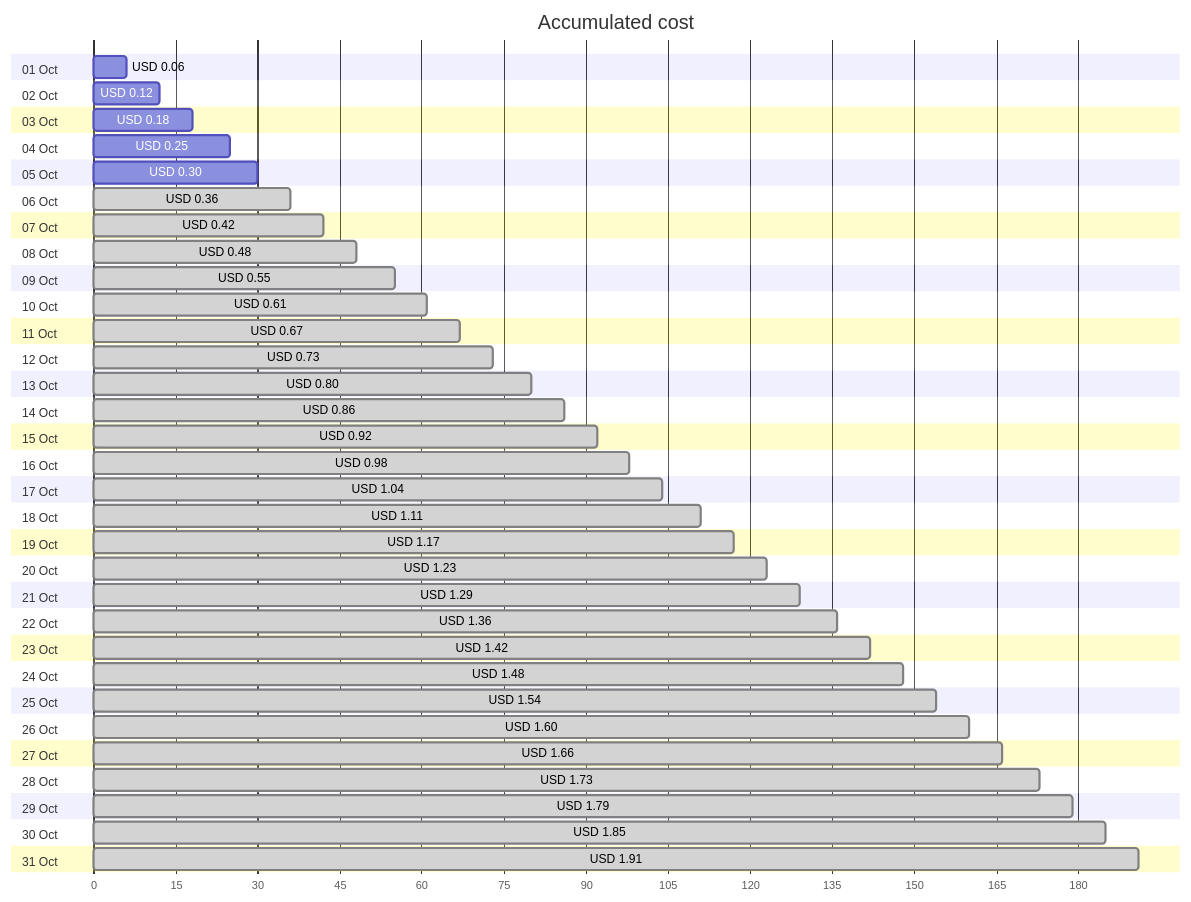
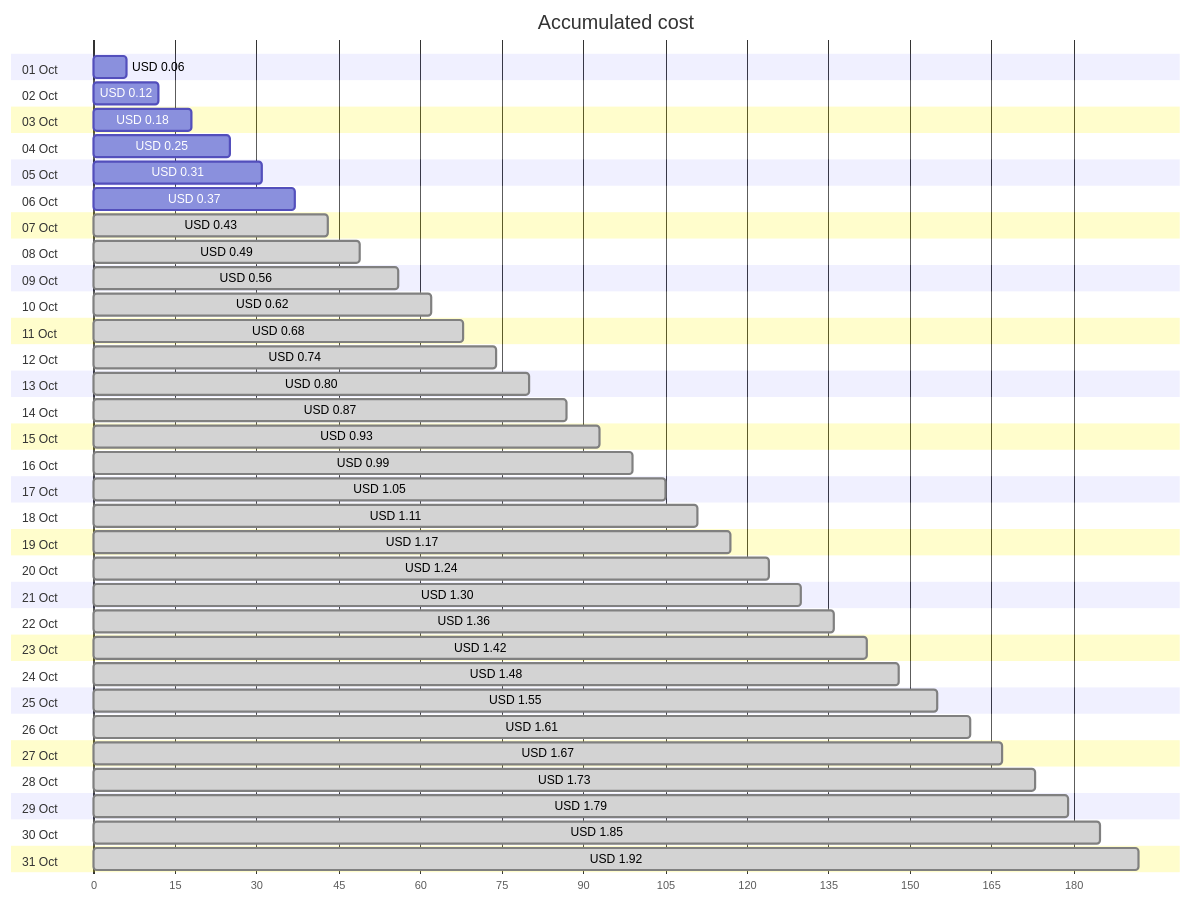
Before and after one commit to jpfulton/azure-personal-reports: the first of 4 diagrams in cost-reports/personal-network/backup-server_OsDisk.md, drawn with Mermaid. The commit also changed other lines of this file and 8 other files, not shown here.

````diff
--- a/cost-reports/personal-network/backup-server_OsDisk.md
+++ b/cost-reports/personal-network/backup-server_OsDisk.md
@@ -20,68 +20,68 @@
 ```mermaid
 gantt
    title Accumulated cost
    dateFormat  X
    axisFormat %s
    section 01 Oct
    USD 0.06 :0, 6
    section 02 Oct
    USD 0.12 :0, 12
    section 03 Oct
    USD 0.18 :0, 18
    section 04 Oct
    USD 0.25 :0, 25
    section 05 Oct
-   USD 0.30 :0, 30
+   USD 0.31 :0, 31
    section 06 Oct
-   USD 0.36 : done, 0, 36
+   USD 0.37 :0, 37
    section 07 Oct
-   USD 0.42 : done, 0, 42
+   USD 0.43 : done, 0, 43
    section 08 Oct
-   USD 0.48 : done, 0, 48
+   USD 0.49 : done, 0, 49
    section 09 Oct
-   USD 0.55 : done, 0, 55
+   USD 0.56 : done, 0, 56
    section 10 Oct
-   USD 0.61 : done, 0, 61
+   USD 0.62 : done, 0, 62
    section 11 Oct
-   USD 0.67 : done, 0, 67
+   USD 0.68 : done, 0, 68
    section 12 Oct
-   USD 0.73 : done, 0, 73
+   USD 0.74 : done, 0, 74
    section 13 Oct
    USD 0.80 : done, 0, 80
    section 14 Oct
-   USD 0.86 : done, 0, 86
+   USD 0.87 : done, 0, 87
    section 15 Oct
-   USD 0.92 : done, 0, 92
+   USD 0.93 : done, 0, 93
    section 16 Oct
-   USD 0.98 : done, 0, 98
+   USD 0.99 : done, 0, 99
    section 17 Oct
-   USD 1.04 : done, 0, 104
+   USD 1.05 : done, 0, 105
    section 18 Oct
    USD 1.11 : done, 0, 111
    section 19 Oct
    USD 1.17 : done, 0, 117
    section 20 Oct
-   USD 1.23 : done, 0, 123
+   USD 1.24 : done, 0, 124
    section 21 Oct
-   USD 1.29 : done, 0, 129
+   USD 1.30 : done, 0, 130
    section 22 Oct
    USD 1.36 : done, 0, 136
    section 23 Oct
    USD 1.42 : done, 0, 142
    section 24 Oct
    USD 1.48 : done, 0, 148
    section 25 Oct
-   USD 1.54 : done, 0, 154
+   USD 1.55 : done, 0, 155
    section 26 Oct
-   USD 1.60 : done, 0, 160
+   USD 1.61 : done, 0, 161
    section 27 Oct
-   USD 1.66 : done, 0, 166
+   USD 1.67 : done, 0, 167
    section 28 Oct
    USD 1.73 : done, 0, 173
    section 29 Oct
    USD 1.79 : done, 0, 179
    section 30 Oct
    USD 1.85 : done, 0, 185
    section 31 Oct
-   USD 1.91 : done, 0, 191
+   USD 1.92 : done, 0, 192
 ```
````
